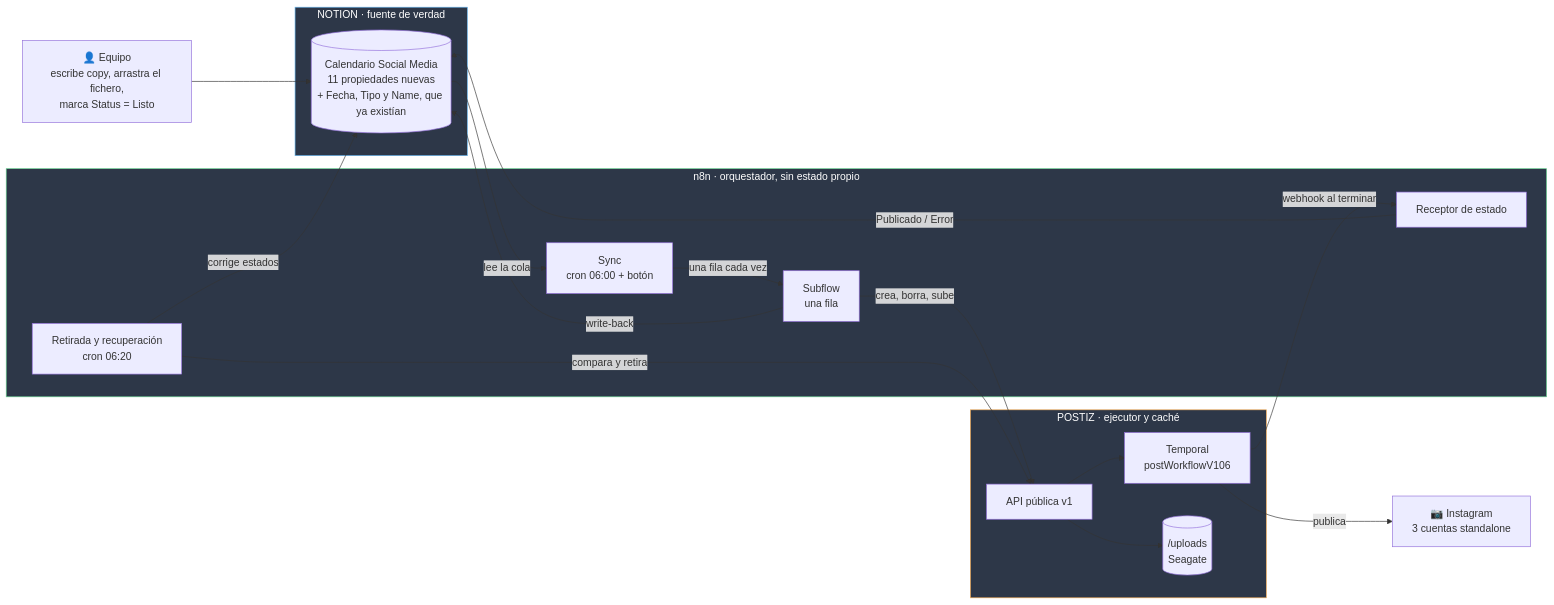
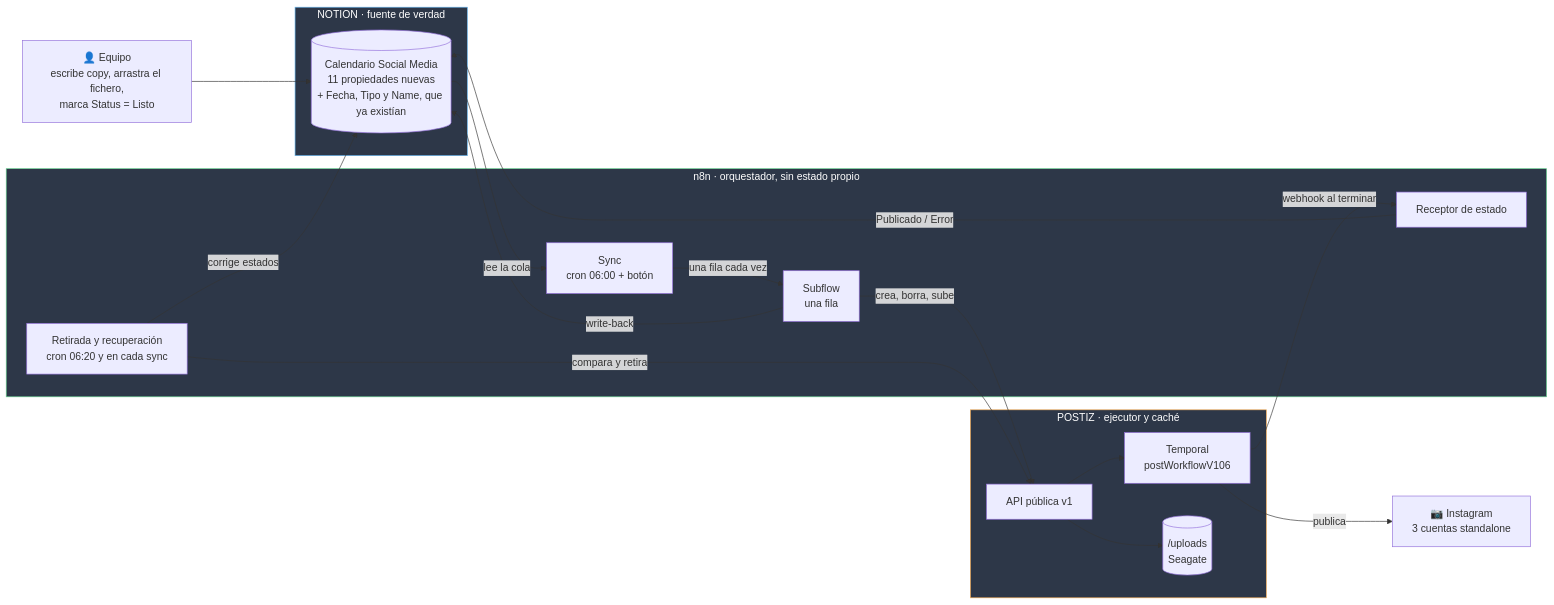
The first of 11 diagrams in docs/architecture/CONTENT_PIPELINE_DIAGRAMS.md (dustin-calderon/postiz-app), drawn with Mermaid before and after one commit. The commit also changed other lines of this file and 2 other files, not shown here.

````diff
--- a/docs/architecture/CONTENT_PIPELINE_DIAGRAMS.md
+++ b/docs/architecture/CONTENT_PIPELINE_DIAGRAMS.md
@@ -22,40 +22,40 @@
 ```mermaid
 flowchart LR
     EQUIPO["👤 Equipo<br/>escribe copy, arrastra el fichero,<br/>marca Status = Listo"]
 
     subgraph NOTION["NOTION · fuente de verdad"]
         CAL[("Calendario Social Media<br/>11 propiedades nuevas<br/>+ Fecha, Tipo y Name, que ya existían")]
     end
 
     subgraph N8N["n8n · orquestador, sin estado propio"]
         A["Sync<br/>cron 06:00 + botón"]
         B["Subflow<br/>una fila"]
-        D["Retirada y recuperación<br/>cron 06:20"]
+        D["Retirada y recuperación<br/>cron 06:20 y en cada sync"]
         C["Receptor de estado"]
     end
 
     subgraph POSTIZ["POSTIZ · ejecutor y caché"]
         API["API pública v1"]
         TEMP["Temporal<br/>postWorkflowV106"]
         DISCO[("/uploads<br/>Seagate")]
     end
 
     IG["📷 Instagram<br/>3 cuentas standalone"]
 
     EQUIPO --> CAL
     CAL -->|"lee la cola"| A
     A -->|"una fila cada vez"| B
     B -->|"crea, borra, sube"| API
     B -->|"write-back"| CAL
     D -->|"compara y retira"| API
     D -->|"corrige estados"| CAL
     API --> DISCO
     API --> TEMP
     TEMP -->|"publica"| IG
     TEMP -->|"webhook al terminar"| C
     C -->|"Publicado / Error"| CAL
 
     style NOTION fill:#2d3748,stroke:#63b3ed,color:#fff
     style POSTIZ fill:#2d3748,stroke:#f6ad55,color:#fff
     style N8N fill:#2d3748,stroke:#68d391,color:#fff
 ```
````
